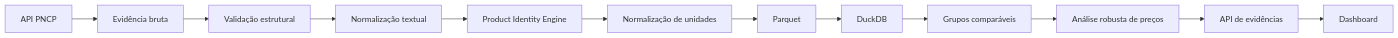
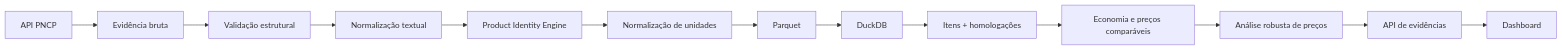
Before and after one commit to peedrovinicius/atlas-compras-publicas: the diagram in README.md, drawn with Mermaid. The commit also changed other lines of this file and 1 other file, not shown here.

Commit message:
docs: documenta homologações e economia auditável

```diff
--- a/README.md
+++ b/README.md
@@ -54,14 +57,15 @@
 ~~~mermaid
 flowchart LR
     A[API PNCP] --> B[Evidência bruta]
     B --> C[Validação estrutural]
     C --> D[Normalização textual]
     D --> E[Product Identity Engine]
     E --> F[Normalização de unidades]
     F --> G[Parquet]
     G --> H[DuckDB]
-    H --> I[Grupos comparáveis]
-    I --> J[Análise robusta de preços]
-    J --> K[API de evidências]
-    K --> L[Dashboard]
+    H --> I[Itens + homologações]
+    I --> J[Economia e preços comparáveis]
+    J --> K[Análise robusta de preços]
+    K --> L[API de evidências]
+    L --> M[Dashboard]
 ~~~
```
